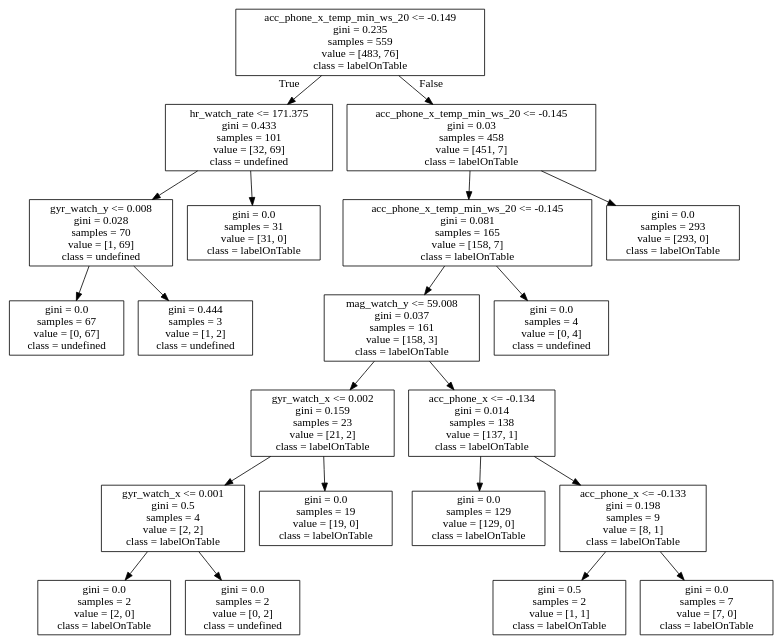
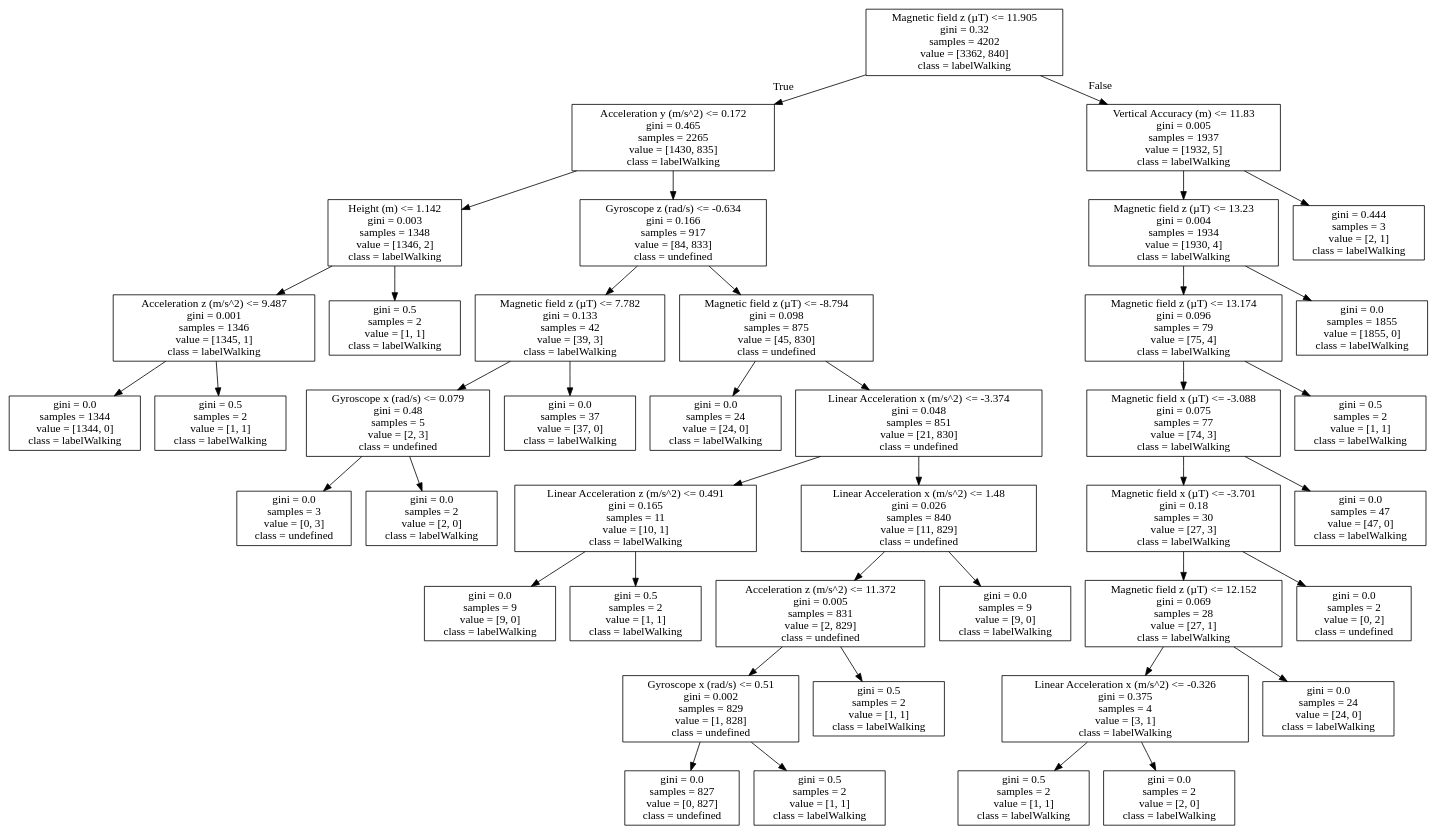
The diagram in Python3Code/figures/crowdsignals_ch7_classification/tree.dot (kim66003/ML4QS_group25), drawn with Graphviz before and after one commit. The commit also changed 10 other files, not shown here.

```diff
--- a/Python3Code/figures/crowdsignals_ch7_classification/tree.dot
+++ b/Python3Code/figures/crowdsignals_ch7_classification/tree.dot
@@ -1,44 +1,84 @@
 digraph Tree {
 node [shape=box] ;
-0 [label="acc_phone_x_temp_min_ws_20 <= -0.149\ngini = 0.235\nsamples = 559\nvalue = [483, 76]\nclass = labelOnTable"] ;
-1 [label="hr_watch_rate <= 171.375\ngini = 0.433\nsamples = 101\nvalue = [32, 69]\nclass = undefined"] ;
+0 [label="Magnetic field z (µT) <= 11.905\ngini = 0.32\nsamples = 4202\nvalue = [3362, 840]\nclass = labelWalking"] ;
+1 [label="Acceleration y (m/s^2) <= 0.172\ngini = 0.465\nsamples = 2265\nvalue = [1430, 835]\nclass = labelWalking"] ;
 0 -> 1 [labeldistance=2.5, labelangle=45, headlabel="True"] ;
-2 [label="gyr_watch_y <= 0.008\ngini = 0.028\nsamples = 70\nvalue = [1, 69]\nclass = undefined"] ;
+2 [label="Height (m) <= 1.142\ngini = 0.003\nsamples = 1348\nvalue = [1346, 2]\nclass = labelWalking"] ;
 1 -> 2 ;
-3 [label="gini = 0.0\nsamples = 67\nvalue = [0, 67]\nclass = undefined"] ;
+3 [label="Acceleration z (m/s^2) <= 9.487\ngini = 0.001\nsamples = 1346\nvalue = [1345, 1]\nclass = labelWalking"] ;
 2 -> 3 ;
-4 [label="gini = 0.444\nsamples = 3\nvalue = [1, 2]\nclass = undefined"] ;
-2 -> 4 ;
-5 [label="gini = 0.0\nsamples = 31\nvalue = [31, 0]\nclass = labelOnTable"] ;
-1 -> 5 ;
-6 [label="acc_phone_x_temp_min_ws_20 <= -0.145\ngini = 0.03\nsamples = 458\nvalue = [451, 7]\nclass = labelOnTable"] ;
-0 -> 6 [labeldistance=2.5, labelangle=-45, headlabel="False"] ;
-7 [label="acc_phone_x_temp_min_ws_20 <= -0.145\ngini = 0.081\nsamples = 165\nvalue = [158, 7]\nclass = labelOnTable"] ;
-6 -> 7 ;
-8 [label="mag_watch_y <= 59.008\ngini = 0.037\nsamples = 161\nvalue = [158, 3]\nclass = labelOnTable"] ;
+4 [label="gini = 0.0\nsamples = 1344\nvalue = [1344, 0]\nclass = labelWalking"] ;
+3 -> 4 ;
+5 [label="gini = 0.5\nsamples = 2\nvalue = [1, 1]\nclass = labelWalking"] ;
+3 -> 5 ;
+6 [label="gini = 0.5\nsamples = 2\nvalue = [1, 1]\nclass = labelWalking"] ;
+2 -> 6 ;
+7 [label="Gyroscope z (rad/s) <= -0.634\ngini = 0.166\nsamples = 917\nvalue = [84, 833]\nclass = undefined"] ;
+1 -> 7 ;
+8 [label="Magnetic field z (µT) <= 7.782\ngini = 0.133\nsamples = 42\nvalue = [39, 3]\nclass = labelWalking"] ;
 7 -> 8 ;
-9 [label="gyr_watch_x <= 0.002\ngini = 0.159\nsamples = 23\nvalue = [21, 2]\nclass = labelOnTable"] ;
+9 [label="Gyroscope x (rad/s) <= 0.079\ngini = 0.48\nsamples = 5\nvalue = [2, 3]\nclass = undefined"] ;
 8 -> 9 ;
-10 [label="gyr_watch_x <= 0.001\ngini = 0.5\nsamples = 4\nvalue = [2, 2]\nclass = labelOnTable"] ;
+10 [label="gini = 0.0\nsamples = 3\nvalue = [0, 3]\nclass = undefined"] ;
 9 -> 10 ;
-11 [label="gini = 0.0\nsamples = 2\nvalue = [2, 0]\nclass = labelOnTable"] ;
-10 -> 11 ;
-12 [label="gini = 0.0\nsamples = 2\nvalue = [0, 2]\nclass = undefined"] ;
-10 -> 12 ;
-13 [label="gini = 0.0\nsamples = 19\nvalue = [19, 0]\nclass = labelOnTable"] ;
-9 -> 13 ;
-14 [label="acc_phone_x <= -0.134\ngini = 0.014\nsamples = 138\nvalue = [137, 1]\nclass = labelOnTable"] ;
-8 -> 14 ;
-15 [label="gini = 0.0\nsamples = 129\nvalue = [129, 0]\nclass = labelOnTable"] ;
-14 -> 15 ;
-16 [label="acc_phone_x <= -0.133\ngini = 0.198\nsamples = 9\nvalue = [8, 1]\nclass = labelOnTable"] ;
-14 -> 16 ;
-17 [label="gini = 0.5\nsamples = 2\nvalue = [1, 1]\nclass = labelOnTable"] ;
+11 [label="gini = 0.0\nsamples = 2\nvalue = [2, 0]\nclass = labelWalking"] ;
+9 -> 11 ;
+12 [label="gini = 0.0\nsamples = 37\nvalue = [37, 0]\nclass = labelWalking"] ;
+8 -> 12 ;
+13 [label="Magnetic field z (µT) <= -8.794\ngini = 0.098\nsamples = 875\nvalue = [45, 830]\nclass = undefined"] ;
+7 -> 13 ;
+14 [label="gini = 0.0\nsamples = 24\nvalue = [24, 0]\nclass = labelWalking"] ;
+13 -> 14 ;
+15 [label="Linear Acceleration x (m/s^2) <= -3.374\ngini = 0.048\nsamples = 851\nvalue = [21, 830]\nclass = undefined"] ;
+13 -> 15 ;
+16 [label="Linear Acceleration z (m/s^2) <= 0.491\ngini = 0.165\nsamples = 11\nvalue = [10, 1]\nclass = labelWalking"] ;
+15 -> 16 ;
+17 [label="gini = 0.0\nsamples = 9\nvalue = [9, 0]\nclass = labelWalking"] ;
 16 -> 17 ;
-18 [label="gini = 0.0\nsamples = 7\nvalue = [7, 0]\nclass = labelOnTable"] ;
+18 [label="gini = 0.5\nsamples = 2\nvalue = [1, 1]\nclass = labelWalking"] ;
 16 -> 18 ;
-19 [label="gini = 0.0\nsamples = 4\nvalue = [0, 4]\nclass = undefined"] ;
-7 -> 19 ;
-20 [label="gini = 0.0\nsamples = 293\nvalue = [293, 0]\nclass = labelOnTable"] ;
-6 -> 20 ;
+19 [label="Linear Acceleration x (m/s^2) <= 1.48\ngini = 0.026\nsamples = 840\nvalue = [11, 829]\nclass = undefined"] ;
+15 -> 19 ;
+20 [label="Acceleration z (m/s^2) <= 11.372\ngini = 0.005\nsamples = 831\nvalue = [2, 829]\nclass = undefined"] ;
+19 -> 20 ;
+21 [label="Gyroscope x (rad/s) <= 0.51\ngini = 0.002\nsamples = 829\nvalue = [1, 828]\nclass = undefined"] ;
+20 -> 21 ;
+22 [label="gini = 0.0\nsamples = 827\nvalue = [0, 827]\nclass = undefined"] ;
+21 -> 22 ;
+23 [label="gini = 0.5\nsamples = 2\nvalue = [1, 1]\nclass = labelWalking"] ;
+21 -> 23 ;
+24 [label="gini = 0.5\nsamples = 2\nvalue = [1, 1]\nclass = labelWalking"] ;
+20 -> 24 ;
+25 [label="gini = 0.0\nsamples = 9\nvalue = [9, 0]\nclass = labelWalking"] ;
+19 -> 25 ;
+26 [label="Vertical Accuracy (m) <= 11.83\ngini = 0.005\nsamples = 1937\nvalue = [1932, 5]\nclass = labelWalking"] ;
+0 -> 26 [labeldistance=2.5, labelangle=-45, headlabel="False"] ;
+27 [label="Magnetic field z (µT) <= 13.23\ngini = 0.004\nsamples = 1934\nvalue = [1930, 4]\nclass = labelWalking"] ;
+26 -> 27 ;
+28 [label="Magnetic field z (µT) <= 13.174\ngini = 0.096\nsamples = 79\nvalue = [75, 4]\nclass = labelWalking"] ;
+27 -> 28 ;
+29 [label="Magnetic field x (µT) <= -3.088\ngini = 0.075\nsamples = 77\nvalue = [74, 3]\nclass = labelWalking"] ;
+28 -> 29 ;
+30 [label="Magnetic field x (µT) <= -3.701\ngini = 0.18\nsamples = 30\nvalue = [27, 3]\nclass = labelWalking"] ;
+29 -> 30 ;
+31 [label="Magnetic field z (µT) <= 12.152\ngini = 0.069\nsamples = 28\nvalue = [27, 1]\nclass = labelWalking"] ;
+30 -> 31 ;
+32 [label="Linear Acceleration x (m/s^2) <= -0.326\ngini = 0.375\nsamples = 4\nvalue = [3, 1]\nclass = labelWalking"] ;
+31 -> 32 ;
+33 [label="gini = 0.5\nsamples = 2\nvalue = [1, 1]\nclass = labelWalking"] ;
+32 -> 33 ;
+34 [label="gini = 0.0\nsamples = 2\nvalue = [2, 0]\nclass = labelWalking"] ;
+32 -> 34 ;
+35 [label="gini = 0.0\nsamples = 24\nvalue = [24, 0]\nclass = labelWalking"] ;
+31 -> 35 ;
+36 [label="gini = 0.0\nsamples = 2\nvalue = [0, 2]\nclass = undefined"] ;
+30 -> 36 ;
+37 [label="gini = 0.0\nsamples = 47\nvalue = [47, 0]\nclass = labelWalking"] ;
+29 -> 37 ;
+38 [label="gini = 0.5\nsamples = 2\nvalue = [1, 1]\nclass = labelWalking"] ;
+28 -> 38 ;
+39 [label="gini = 0.0\nsamples = 1855\nvalue = [1855, 0]\nclass = labelWalking"] ;
+27 -> 39 ;
+40 [label="gini = 0.444\nsamples = 3\nvalue = [2, 1]\nclass = labelWalking"] ;
+26 -> 40 ;
 }
```
